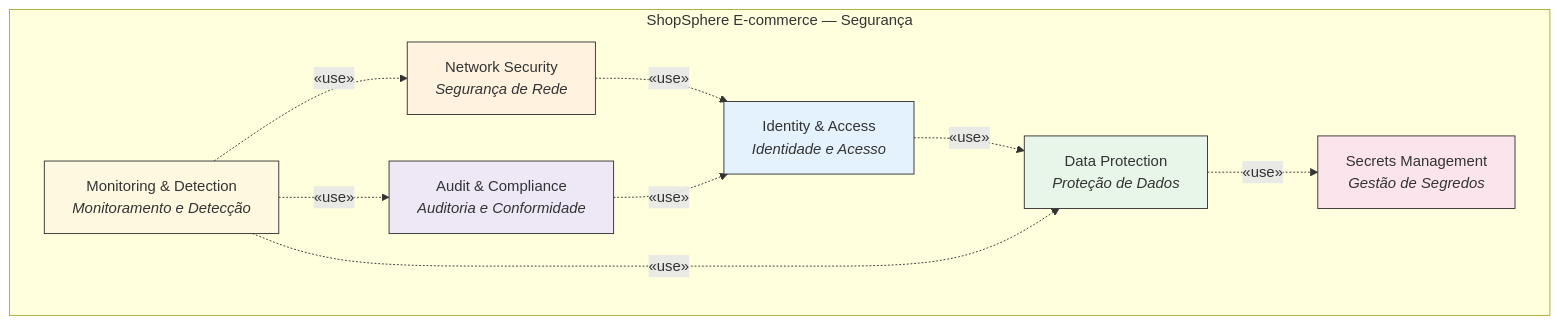
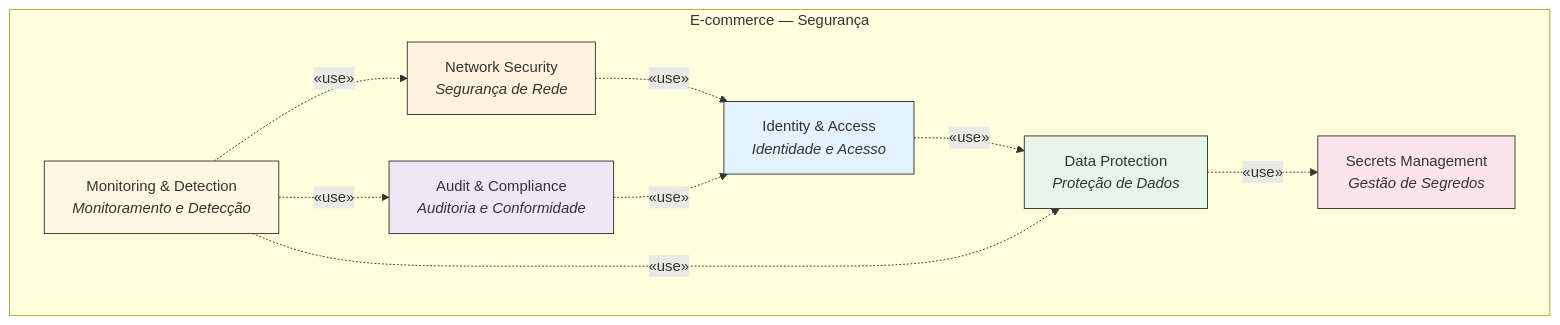
The first of 8 diagrams in docs/Elaboracao/modelo_de_analise.md (Projetos-de-Extensao/PC_ADS_26.2_8001_IV), drawn with Mermaid before and after one commit. The commit also changed other lines of this file, not shown here.

````diff
--- a/docs/Elaboracao/modelo_de_analise.md
+++ b/docs/Elaboracao/modelo_de_analise.md
@@ -77,26 +77,26 @@
 ```mermaid
 graph TB
-    subgraph SS["ShopSphere E-commerce — Segurança"]
+    subgraph SS["E-commerce — Segurança"]
         IAM["Identity & Access<br/><i>Identidade e Acesso</i>"]
         NET["Network Security<br/><i>Segurança de Rede</i>"]
         DATA["Data Protection<br/><i>Proteção de Dados</i>"]
         SEC["Secrets Management<br/><i>Gestão de Segredos</i>"]
         AUD["Audit & Compliance<br/><i>Auditoria e Conformidade</i>"]
         MON["Monitoring & Detection<br/><i>Monitoramento e Detecção</i>"]
     end
 
     NET -.«use».-> IAM
     IAM -.«use».-> DATA
     DATA -.«use».-> SEC
     AUD -.«use».-> IAM
     MON -.«use».-> AUD
     MON -.«use».-> NET
     MON -.«use».-> DATA
 
     style IAM fill:#E3F2FD,stroke:#333
     style NET fill:#FFF3E0,stroke:#333
     style DATA fill:#E8F5E9,stroke:#333
     style SEC fill:#FCE4EC,stroke:#333
     style AUD fill:#EDE7F6,stroke:#333
     style MON fill:#FFF8E1,stroke:#333
 ```
````
